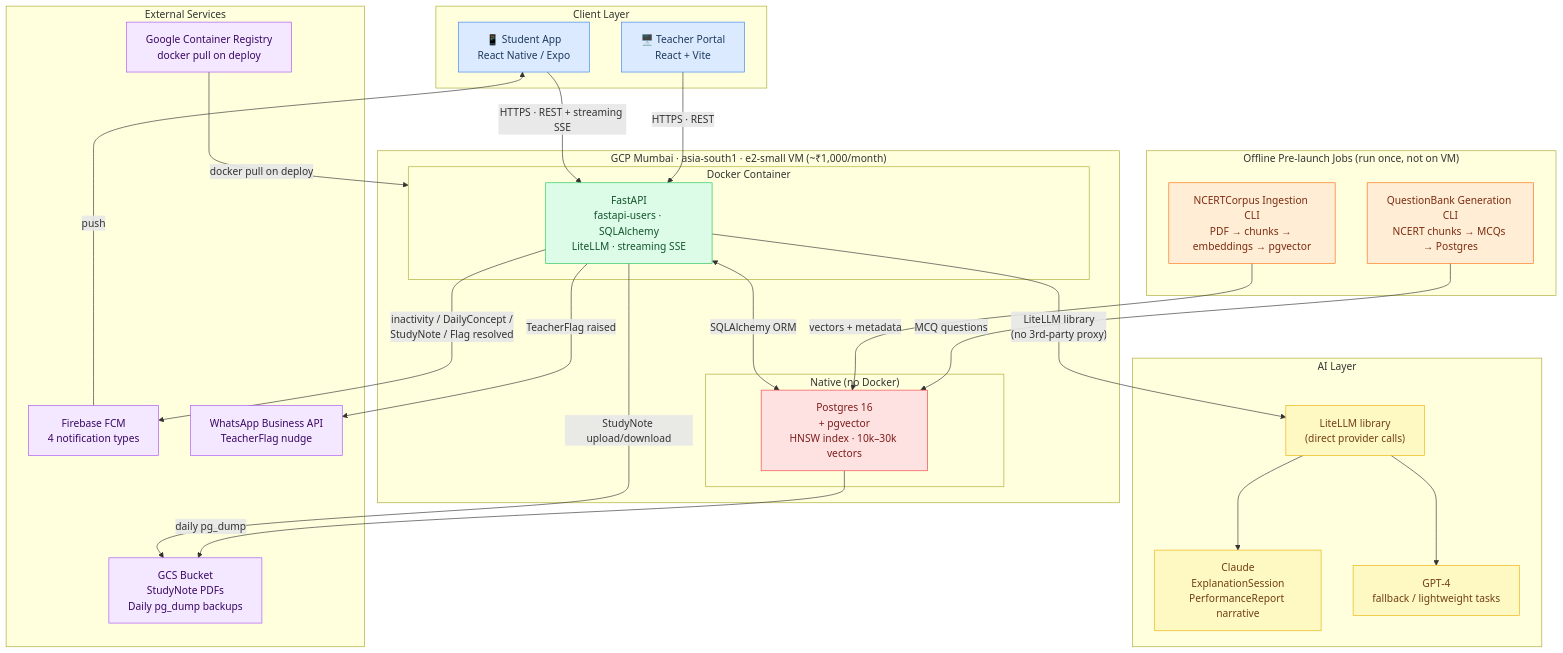
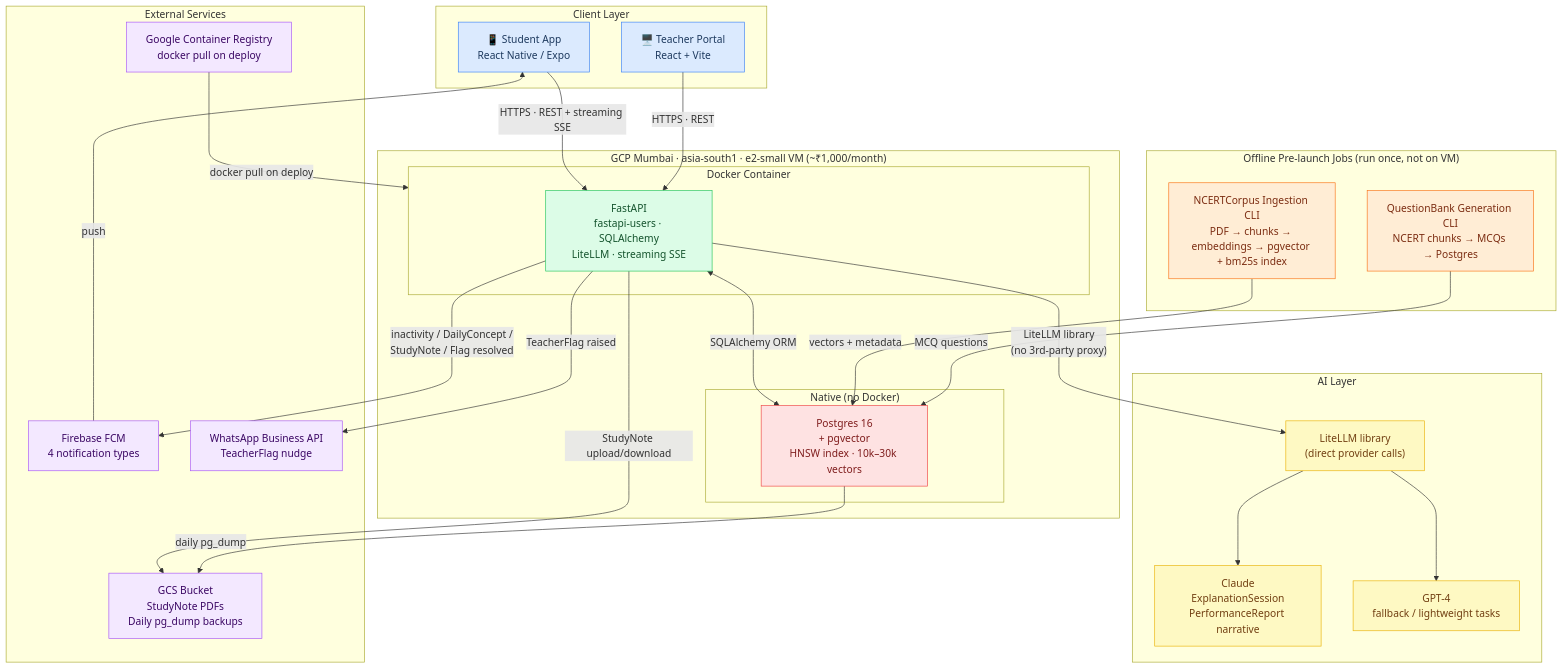
The diagram in ARCHITECTURE.md (biswajit-713/vidyasaarthi-documentation), drawn with Mermaid before and after one commit. The commit also changed 14 other files, not shown here.

````diff
--- a/ARCHITECTURE.md
+++ b/ARCHITECTURE.md
@@ -3,63 +3,63 @@
 ```mermaid
 flowchart TB
     subgraph Clients["Client Layer"]
         SA["📱 Student App\nReact Native / Expo"]
         TP["🖥️ Teacher Portal\nReact + Vite"]
     end
 
     subgraph GCP["GCP Mumbai · asia-south1 · e2-small VM (~₹1,000/month)"]
         subgraph DockerContainer["Docker Container"]
             FA["FastAPI\nfastapi-users · SQLAlchemy\nLiteLLM · streaming SSE"]
         end
         subgraph NativePostgres["Native (no Docker)"]
             PG["Postgres 16\n+ pgvector\nHNSW index · 10k–30k vectors"]
         end
     end
 
     subgraph AILayer["AI Layer"]
         LLM["LiteLLM library\n(direct provider calls)"]
         CL["Claude\nExplanationSession\nPerformanceReport narrative"]
         GPT["GPT-4\nfallback / lightweight tasks"]
         LLM --> CL
         LLM --> GPT
     end
 
     subgraph ExternalServices["External Services"]
         FCM["Firebase FCM\n4 notification types"]
         WA["WhatsApp Business API\nTeacherFlag nudge"]
         GCS["GCS Bucket\nStudyNote PDFs\nDaily pg_dump backups"]
         GCR["Google Container Registry\ndocker pull on deploy"]
     end
 
     subgraph OfflineJobs["Offline Pre-launch Jobs (run once, not on VM)"]
-        IC["NCERTCorpus Ingestion CLI\nPDF → chunks → embeddings → pgvector"]
+        IC["NCERTCorpus Ingestion CLI\nPDF → chunks → embeddings → pgvector + bm25s index"]
         QB["QuestionBank Generation CLI\nNCERT chunks → MCQs → Postgres"]
     end
 
     SA -- "HTTPS · REST + streaming SSE" --> FA
     TP -- "HTTPS · REST" --> FA
     FA <-- "SQLAlchemy ORM" --> PG
     FA -- "LiteLLM library\n(no 3rd-party proxy)" --> LLM
     FA -- "StudyNote upload/download" --> GCS
     FA -- "inactivity / DailyConcept /\nStudyNote / Flag resolved" --> FCM
     FA -- "TeacherFlag raised" --> WA
     FCM -- "push" --> SA
     IC -- "vectors + metadata" --> PG
     QB -- "MCQ questions" --> PG
     PG -- "daily pg_dump" --> GCS
     GCR -- "docker pull on deploy" --> DockerContainer
 
     classDef client fill:#dbeafe,stroke:#3b82f6,color:#1e3a5f
     classDef service fill:#dcfce7,stroke:#22c55e,color:#14532d
     classDef ai fill:#fef9c3,stroke:#eab308,color:#713f12
     classDef external fill:#f3e8ff,stroke:#a855f7,color:#3b0764
     classDef offline fill:#ffedd5,stroke:#f97316,color:#7c2d12
     classDef db fill:#fee2e2,stroke:#ef4444,color:#7f1d1d
 
     class SA,TP client
     class FA service
     class PG db
     class LLM,CL,GPT ai
     class FCM,WA,GCS,GCR external
     class IC,QB offline
 ```
````
